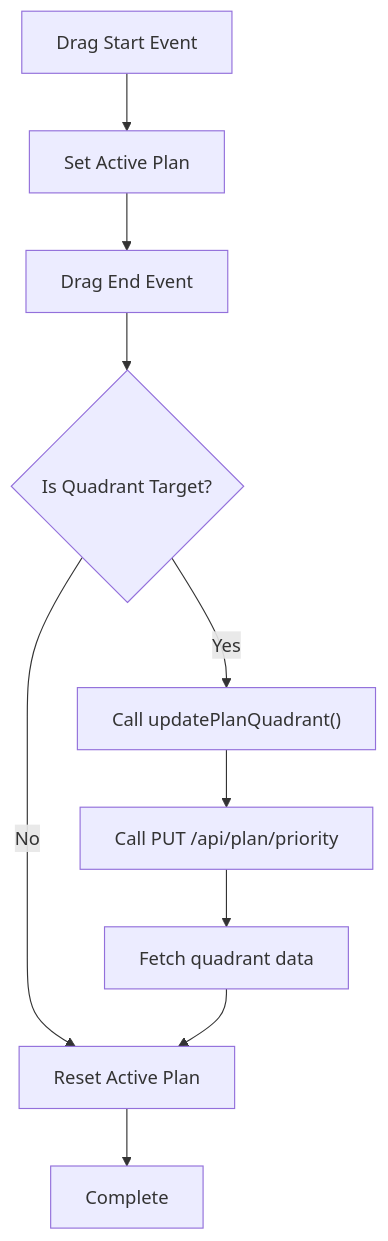
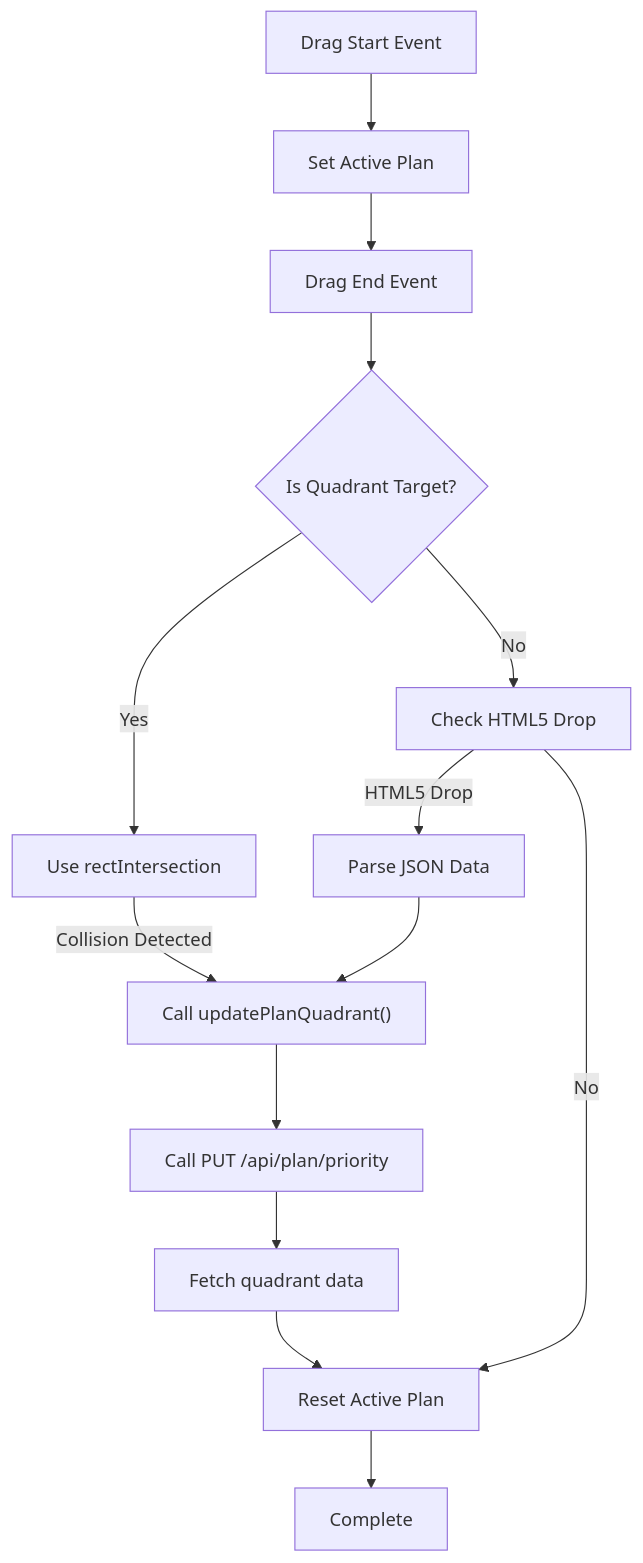
The sixth of 10 diagrams in .qoder/repowiki/en/content/UI Components/Drag-and-Drop Functionality.md (peixuanhu/goal-mate), drawn with Mermaid before and after one commit. The commit also changed other lines of this file and 3 other files, not shown here.

````diff
--- a/.qoder/repowiki/en/content/UI Components/Drag-and-Drop Functionality.md
+++ b/.qoder/repowiki/en/content/UI Components/Drag-and-Drop Functionality.md
@@ -254,12 +270,16 @@
 ```mermaid
 flowchart TD
 DragStart["Drag Start Event"] --> SetActive["Set Active Plan"]
 SetActive --> DragEnd["Drag End Event"]
 DragEnd --> CheckTarget{"Is Quadrant Target?"}
-CheckTarget --> |Yes| UpdateQuadrant["Call updatePlanQuadrant()"]
-CheckTarget --> |No| ResetState["Reset Active Plan"]
+CheckTarget --> |Yes| CheckCollision["Use rectIntersection"]
+CheckCollision --> |Collision Detected| UpdateQuadrant["Call updatePlanQuadrant()"]
+CheckTarget --> |No| CheckHTML5["Check HTML5 Drop"]
+CheckHTML5 --> |HTML5 Drop| ParseData["Parse JSON Data"]
+CheckHTML5 --> |No| ResetState["Reset Active Plan"]
+ParseData --> UpdateQuadrant
 UpdateQuadrant --> APIUpdate["Call PUT /api/plan/priority"]
 APIUpdate --> RefreshData["Fetch quadrant data"]
 RefreshData --> ResetState
 ResetState --> End["Complete"]
 ```
````
